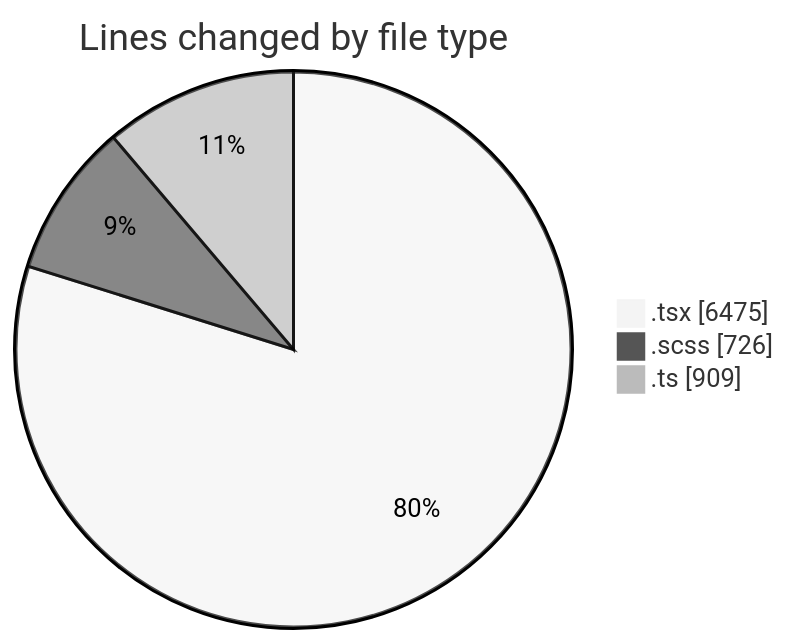
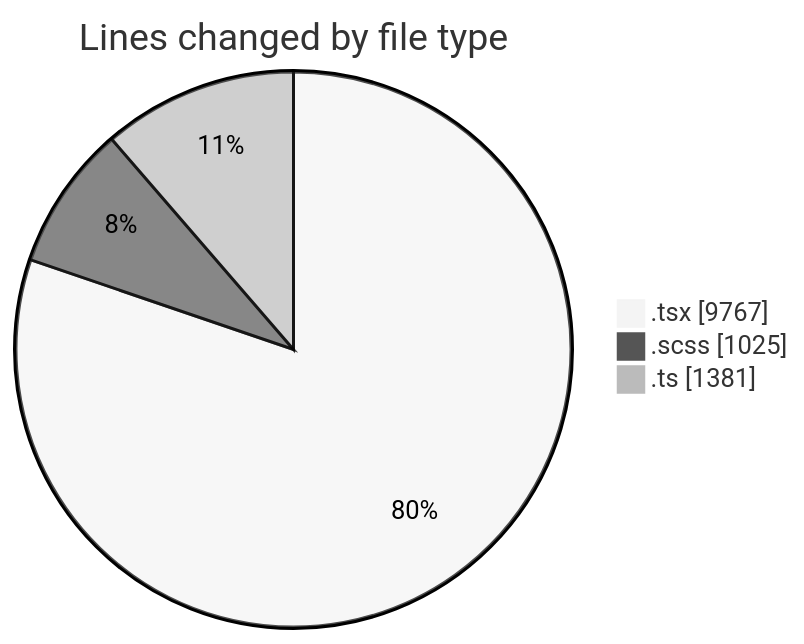
Before and after one commit to momahboobian/code-tracking: the first of 2 diagrams in 2026-05-01/cda/README.md, drawn with Mermaid (neutral theme). The commit also changed other lines of this file and 1 other file, not shown here.

````diff
--- a/2026-05-01/cda/README.md
+++ b/2026-05-01/cda/README.md
@@ -63,7 +64,7 @@
 ```mermaid
 pie showData
 title Lines changed by file type
-".tsx" : 6475
-".scss" : 726
-".ts" : 909
+".tsx" : 9767
+".scss" : 1025
+".ts" : 1381
 ```
````
